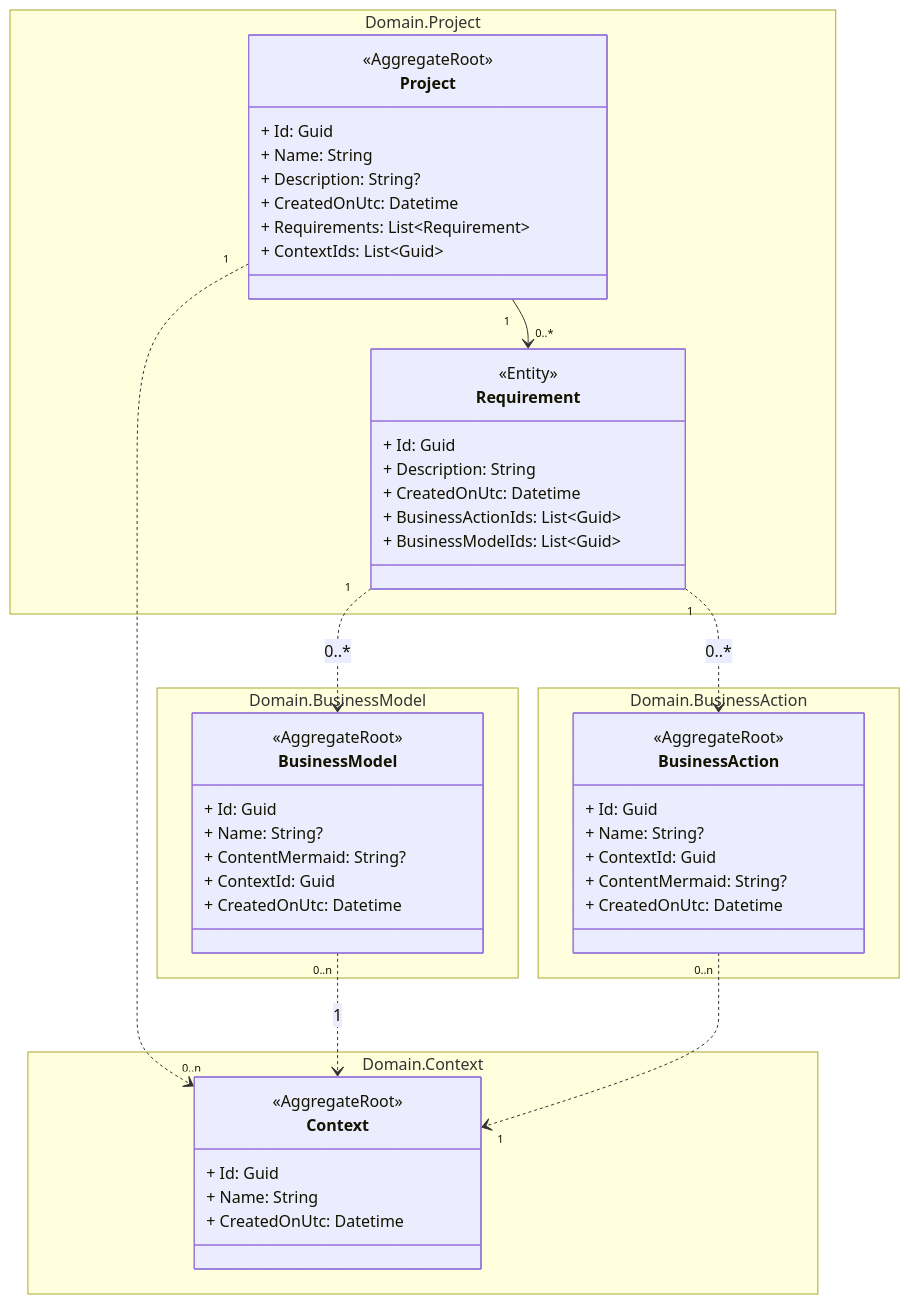
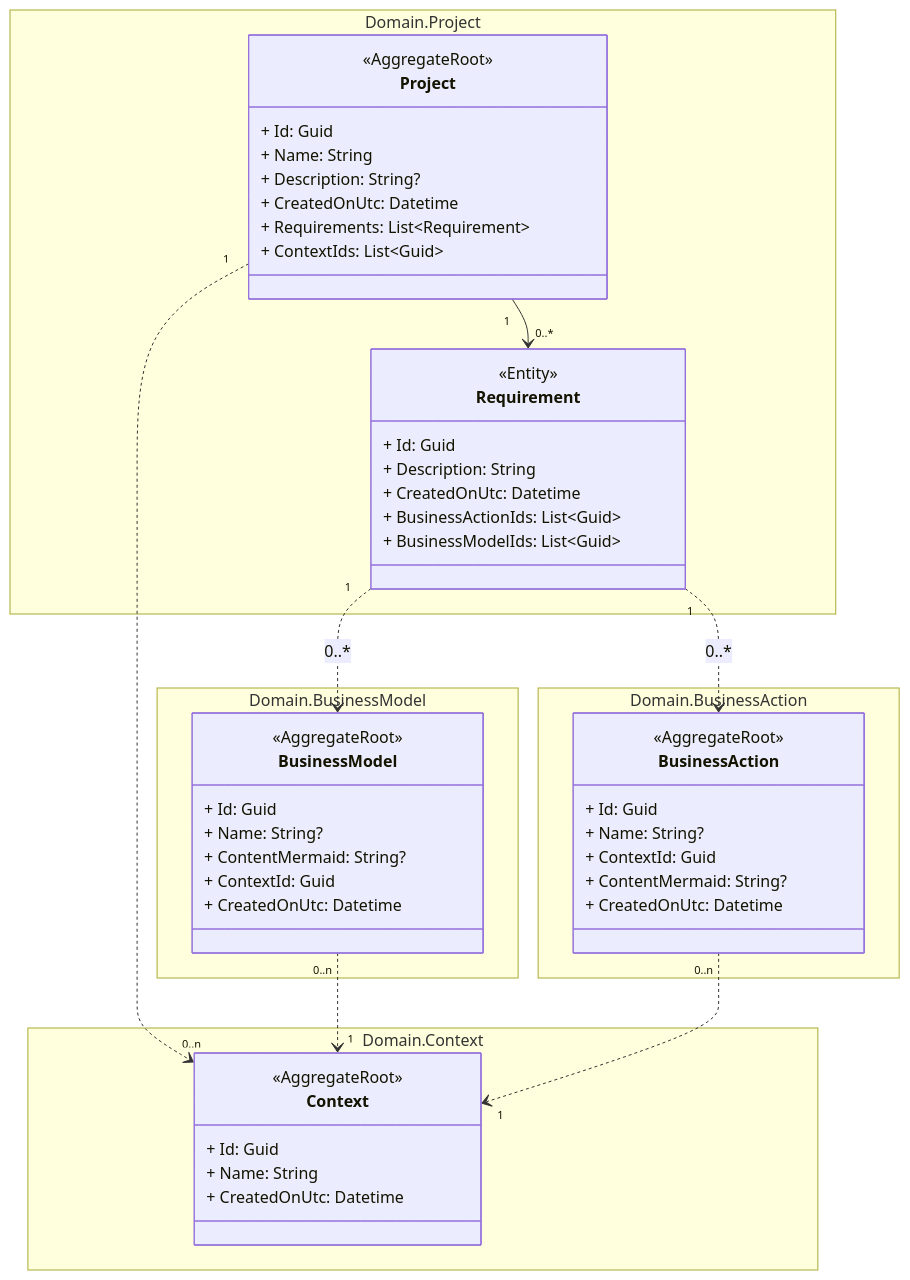
One commit to sdlfly2000/DomainBasedDesigner changed the diagram in UML/Domain/DomainModels.md. Above: the diagram before and after it, drawn with Mermaid.

````diff
--- a/UML/Domain/DomainModels.md
+++ b/UML/Domain/DomainModels.md
@@ -3,66 +3,66 @@
 ```mermaid
 classDiagram
 namespace nsProject["Domain.Project"] {
     class Project {
         <<AggregateRoot>>
         + Id: Guid
         + Name: String
         + Description: String?
         + CreatedOnUtc: Datetime
         + Requirements: List~Requirement~
         + ContextIds: List~Guid~
     }
 
     class Requirement {
         <<Entity>>
         + Id: Guid
         + Description: String
         + CreatedOnUtc: Datetime
         + BusinessActionIds: List~Guid~
         + BusinessModelIds: List~Guid~
     }
 }
 
 namespace nsBusinessAction["Domain.BusinessAction"] {
     class BusinessAction {
         <<AggregateRoot>>
         + Id: Guid
         + Name: String?
         + ContextId: Guid
         + ContentMermaid: String?
         + CreatedOnUtc: Datetime
     }
 }
 
 namespace nsBusinessModel["Domain.BusinessModel"] {
     class BusinessModel {
         <<AggregateRoot>>
         + Id: Guid
         + Name: String?
         + ContentMermaid: String?
         + ContextId: Guid
         + CreatedOnUtc: Datetime
     }
 }
 
 namespace nsContext["Domain.Context"] {
     class Context {
         <<AggregateRoot>>
         + Id: Guid
         + Name: String
         + CreatedOnUtc: Datetime
     }
 }
 
 %% Entity Relationship
 
 Project "1" --> "0..*" Requirement
 Project "1" ..> "0..n" Context
 
 Requirement "1" ..> BusinessModel : 0..*
 Requirement "1" ..> BusinessAction : 0..*
 
-BusinessModel "0..n" ..> Context : 1
+BusinessModel "0..n" ..> "1" Context
 BusinessAction "0..n" ..> "1" Context
 
 ```
````
